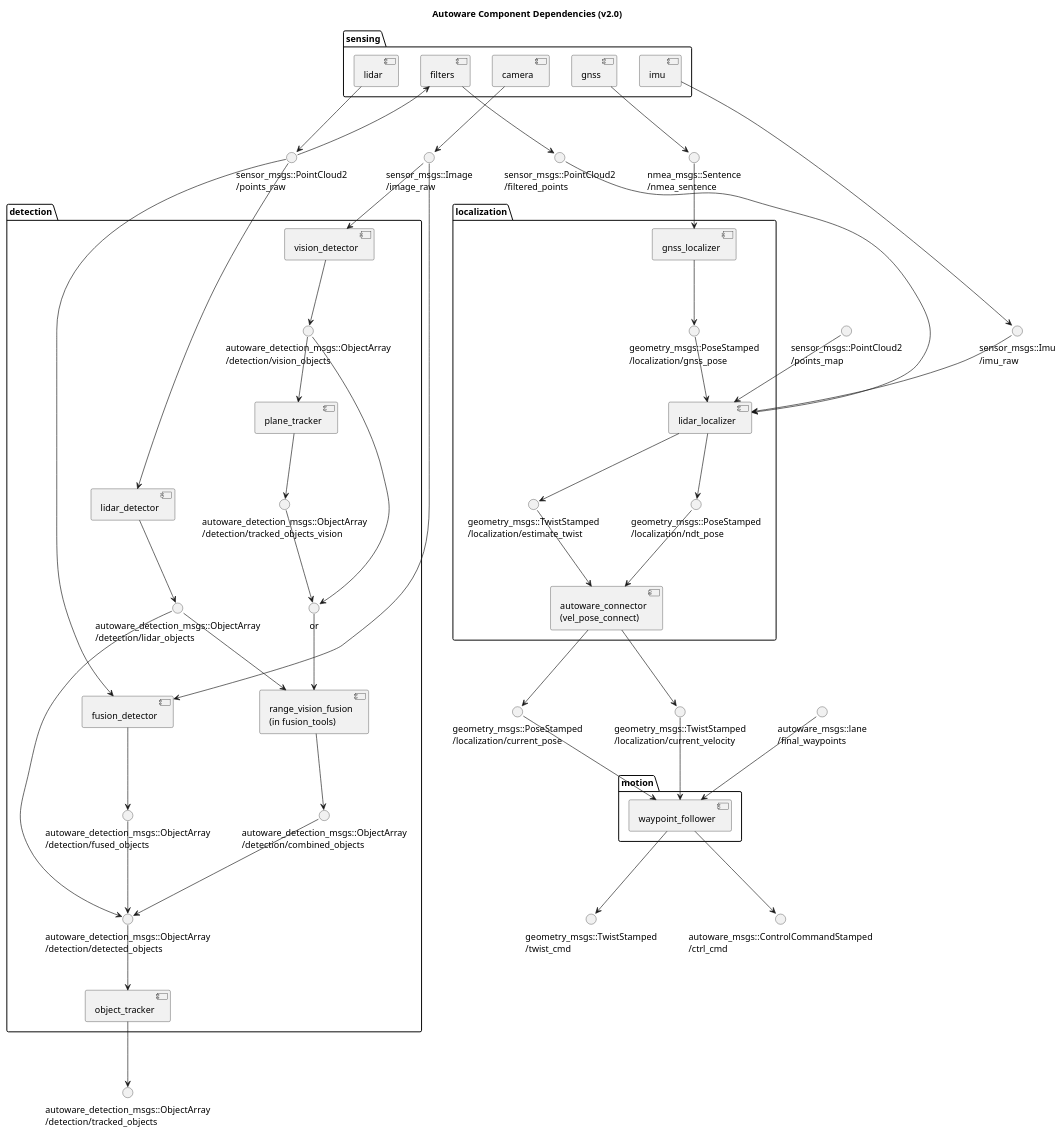
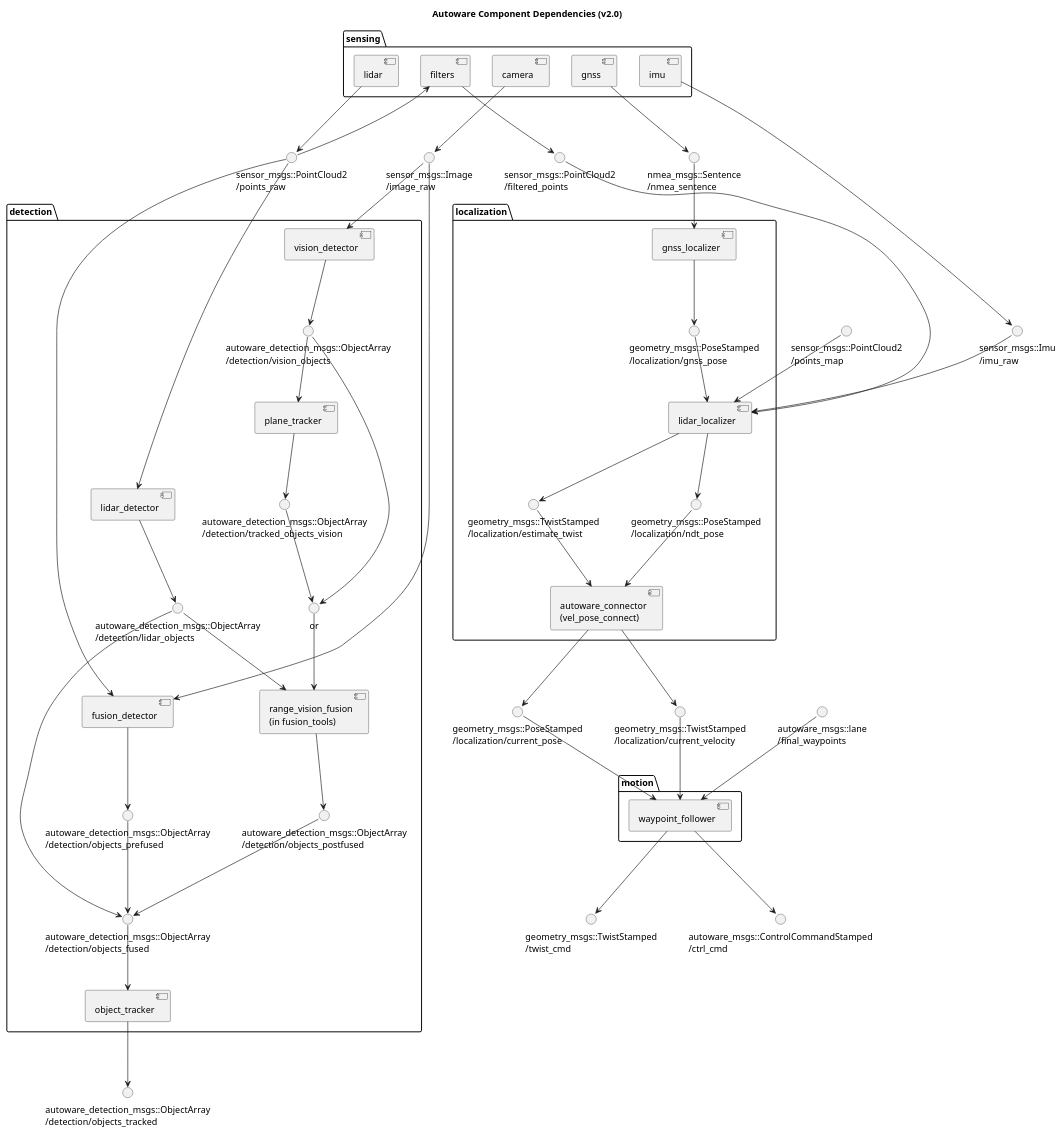
Before and after one commit to heyuliang/Autoware: the diagram in docs/architecture/ComponentDiagram.pu, drawn with PlantUML.

Commit message:
Rename fused and tracked objects

```diff
--- a/docs/architecture/ComponentDiagram.pu
+++ b/docs/architecture/ComponentDiagram.pu
@@ -1,154 +1,154 @@
 @startuml
 
 title Autoware Component Dependencies (v2.0)
 
 () "sensor_msgs::Image\n/image_raw" as image_raw
 () "sensor_msgs::PointCloud2\n/points_raw" as points_raw
 () "sensor_msgs::PointCloud2\n/filtered_points" as filtered_points
 () "sensor_msgs::Imu\n/imu_raw" as imu_raw 
 () "nmea_msgs::Sentence\n/nmea_sentence" as nmea_sentence
 
 folder sensing {
     [camera]
     'outputs
     camera --> image_raw
 
     [lidar]
     'outputs
     lidar --> points_raw
 
     [filters]
     'inputs
     points_raw --> filters
     'outputs
     filters --> filtered_points
 
     [imu]
     'outputs
     imu --> imu_raw
 
     [gnss]
     'outputs
     gnss --> nmea_sentence
 }
 
-() "autoware_detection_msgs::ObjectArray\n/detection/tracked_objects" as tracked_objects
+() "autoware_detection_msgs::ObjectArray\n/detection/objects_tracked" as objects_tracked
 '() "autoware_detection_msgs::TrafficLight\n/detection/traffic_light_color" as traffic_light_color
 
 folder detection {
     () "autoware_detection_msgs::ObjectArray\n/detection/vision_objects" as detected_objects_vision
     () "autoware_detection_msgs::ObjectArray\n/detection/tracked_objects_vision" as tracked_objects_vision
     () "or" as vision_objects
     () "autoware_detection_msgs::ObjectArray\n/detection/lidar_objects" as detected_objects_lidar
-    () "autoware_detection_msgs::ObjectArray\n/detection/combined_objects" as detected_objects_combined
-    () "autoware_detection_msgs::ObjectArray\n/detection/fused_objects" as detected_objects_fused
-    () "autoware_detection_msgs::ObjectArray\n/detection/detected_objects" as detected_objects
+    () "autoware_detection_msgs::ObjectArray\n/detection/objects_postfused" as detected_objects_combined
+    () "autoware_detection_msgs::ObjectArray\n/detection/objects_prefused" as detected_objects_fused
+    () "autoware_detection_msgs::ObjectArray\n/detection/objects_fused" as objects_fused
 
     [vision_detector]
     'inputs
     image_raw --> vision_detector
     'outputs
     vision_detector --> detected_objects_vision
 
     [plane_tracker]
     'inputs
     detected_objects_vision --> plane_tracker
     'outputs
     plane_tracker --> tracked_objects_vision
 
     [lidar_detector]
     'inputs
     points_raw --> lidar_detector
     'outputs
     lidar_detector --> detected_objects_lidar
 
     [fusion_detector]
     'inputs
     image_raw --> fusion_detector
     points_raw --> fusion_detector
     'outputs
     fusion_detector --> detected_objects_fused
 
     [range_vision_fusion\n(in fusion_tools)] as fusion_tools
     'inputs
     vision_objects --> fusion_tools
     detected_objects_lidar --> fusion_tools
     'outputs
     fusion_tools --> detected_objects_combined
 
     'connection
     detected_objects_vision --> vision_objects
     tracked_objects_vision --> vision_objects
 
-    detected_objects_lidar --> detected_objects
-    detected_objects_combined --> detected_objects
-    detected_objects_fused --> detected_objects
+    detected_objects_lidar --> objects_fused
+    detected_objects_combined --> objects_fused
+    detected_objects_fused --> objects_fused
 
     [object_tracker]
     'inputs
-    detected_objects --> object_tracker
+    objects_fused --> object_tracker
     'outputs
-    object_tracker --> tracked_objects
+    object_tracker --> objects_tracked
 
     '[trafficlight_recognizer]
     'inputs
     'image_raw --> trafficlight_recognizer
     'outputs
     'trafficlight_recognizer --> traffic_light_color
 }
 
 'lidar_localizer
 () "sensor_msgs::PointCloud2\n/points_map" as points_map
 
 'vel_pose_connect
 () "geometry_msgs::PoseStamped\n/localization/current_pose" as current_pose
 () "geometry_msgs::TwistStamped\n/localization/current_velocity" as current_velocity
 
 folder localization {
     () "geometry_msgs::PoseStamped\n/localization/gnss_pose" as gnss_pose
     () "geometry_msgs::TwistStamped\n/localization/estimate_twist" as estimate_twist
     () "geometry_msgs::PoseStamped\n/localization/ndt_pose" as ndt_pose
 
     [gnss_localizer]
     'inputs
     nmea_sentence --> gnss_localizer
     'outputs
     gnss_localizer --> gnss_pose
 
     [lidar_localizer]
     'inputs
     gnss_pose --> lidar_localizer
     filtered_points --> lidar_localizer
     points_map --> lidar_localizer
     imu_raw --> lidar_localizer
     'outputs
     lidar_localizer --> estimate_twist
     lidar_localizer --> ndt_pose
 
     [autoware_connector\n(vel_pose_connect)] as vel_pose_connect
     'inputs
     estimate_twist --> vel_pose_connect
     ndt_pose --> vel_pose_connect
     'outputs
     vel_pose_connect --> current_pose
     vel_pose_connect --> current_velocity
 
     '[dead_reckoner] @ Autoware v2.0
 }
 
 () "autoware_msgs::lane\n/final_waypoints" as final_waypoints
 () "geometry_msgs::TwistStamped\n/twist_cmd" as twist_cmd
 () "autoware_msgs::ControlCommandStamped\n/ctrl_cmd" as ctrl_cmd
 
 folder motion {
     [waypoint_follower]
     'inputs
     current_pose --> waypoint_follower
     current_velocity --> waypoint_follower
     final_waypoints --> waypoint_follower
     'outputs
     waypoint_follower --> twist_cmd
     waypoint_follower --> ctrl_cmd
 }
 
 @enduml
```
